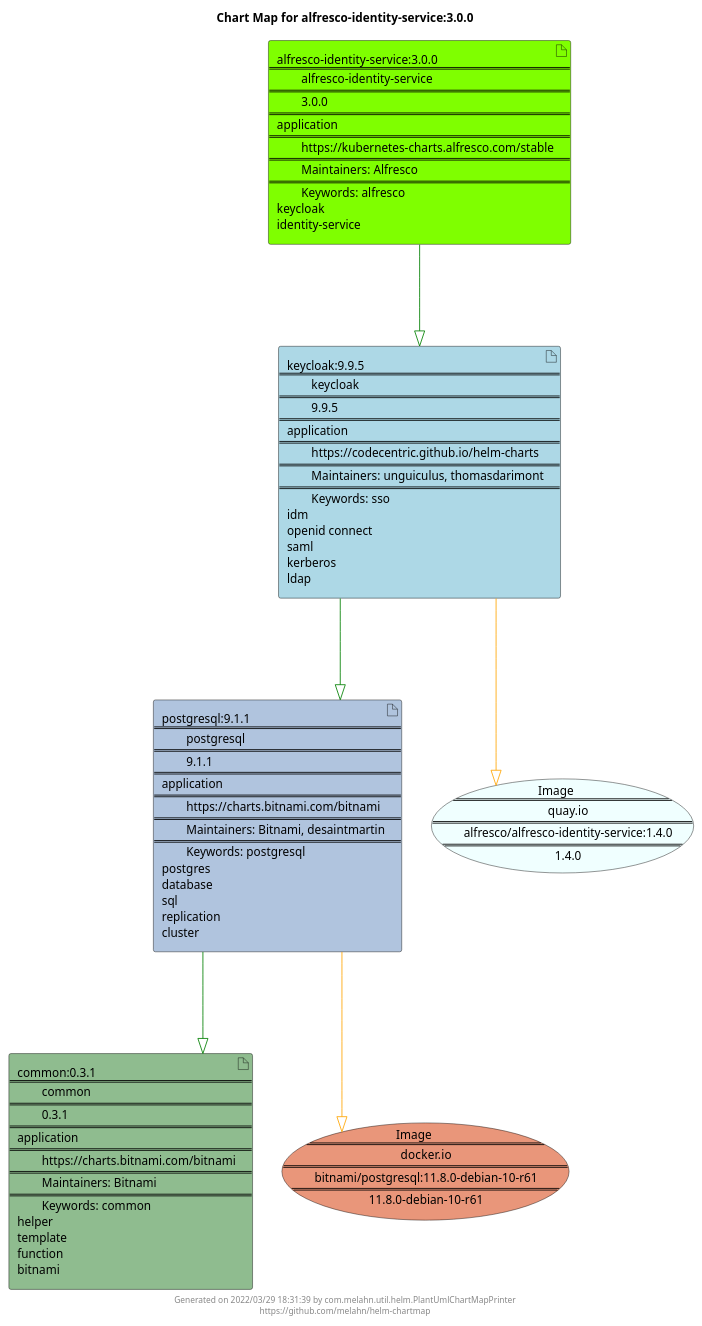
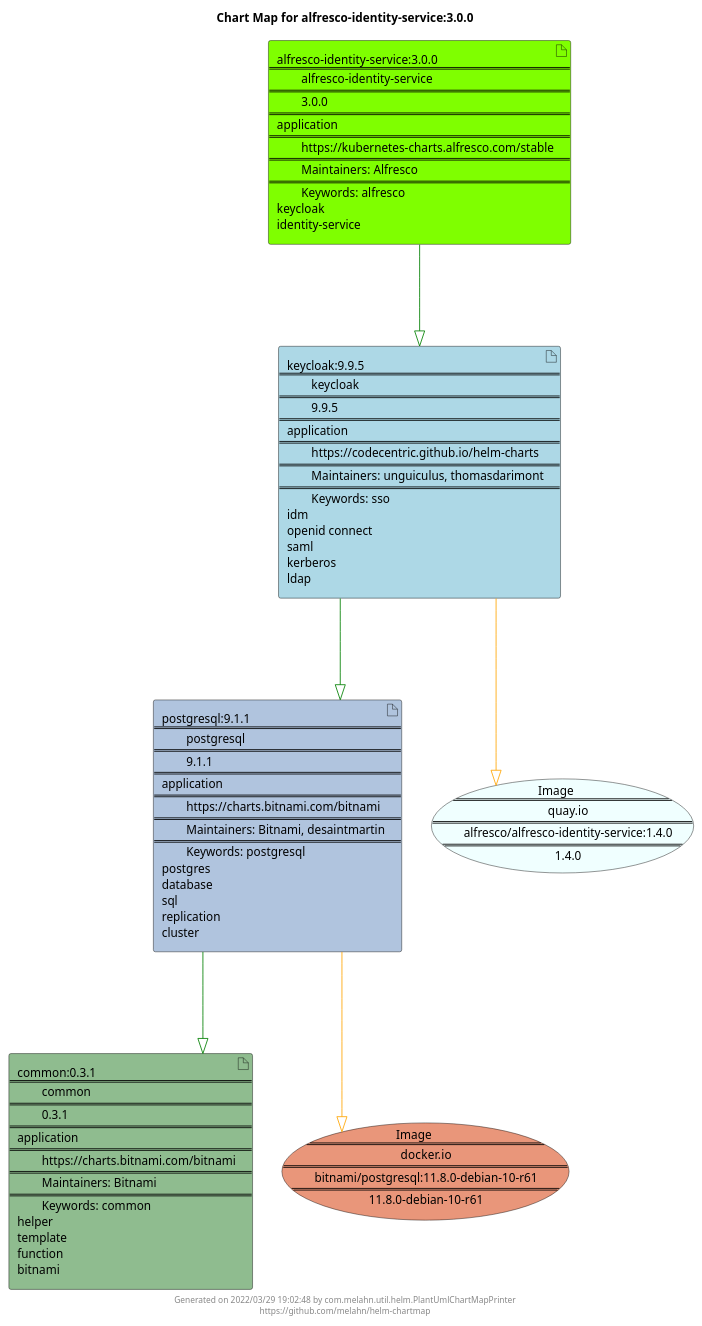
One commit to melahn/helm-chartmap changed the diagram in docs/alfresco-identity-service/alfresco-identity-service-3.0.0.puml. Above: the diagram before and after it, drawn with PlantUML. The commit also changed 51 other files, not shown here.

Commit message:
Update Example Chart Maps as part of GitHub build

```diff
--- a/docs/alfresco-identity-service/alfresco-identity-service-3.0.0.puml
+++ b/docs/alfresco-identity-service/alfresco-identity-service-3.0.0.puml
@@ -1,29 +1,29 @@
 @startuml
 skinparam linetype ortho
 skinparam backgroundColor white
 skinparam usecaseBorderColor black
 skinparam usecaseArrowColor LightSlateGray
 skinparam artifactBorderColor black
 skinparam artifactArrowColor LightSlateGray
 
 title Chart Map for alfresco-identity-service:3.0.0
 
 'There are 4 referenced Helm Charts
 artifact "postgresql:9.1.1\n====\n\tpostgresql\n====\n\t9.1.1\n====\napplication\n====\n\thttps://charts.bitnami.com/bitnami\n====\n\tMaintainers: Bitnami, desaintmartin\n====\n\tKeywords: postgresql\npostgres\ndatabase\nsql\nreplication\ncluster" as postgresql_9_1_1 #LightSteelBlue
 artifact "alfresco-identity-service:3.0.0\n====\n\talfresco-identity-service\n====\n\t3.0.0\n====\napplication\n====\n\thttps://kubernetes-charts.alfresco.com/stable\n====\n\tMaintainers: Alfresco\n====\n\tKeywords: alfresco\nkeycloak\nidentity-service" as alfresco_identity_service_3_0_0 #Chartreuse
 artifact "keycloak:9.9.5\n====\n\tkeycloak\n====\n\t9.9.5\n====\napplication\n====\n\thttps://codecentric.github.io/helm-charts\n====\n\tMaintainers: unguiculus, thomasdarimont\n====\n\tKeywords: sso\nidm\nopenid connect\nsaml\nkerberos\nldap" as keycloak_9_9_5 #LightBlue
 artifact "common:0.3.1\n====\n\tcommon\n====\n\t0.3.1\n====\napplication\n====\n\thttps://charts.bitnami.com/bitnami\n====\n\tMaintainers: Bitnami\n====\n\tKeywords: common\nhelper\ntemplate\nfunction\nbitnami" as common_0_3_1 #DarkSeaGreen
 
 'There are 2 referenced Docker Images
 usecase "Image\n====\n\tdocker.io\n====\n\tbitnami/postgresql:11.8.0-debian-10-r61\n====\n\t11.8.0-debian-10-r61" as docker_io_bitnami_postgresql_11_8_0_debian_10_r61 #DarkSalmon
 usecase "Image\n====\n\tquay.io\n====\n\talfresco/alfresco-identity-service:1.4.0\n====\n\t1.4.0" as quay_io_alfresco_alfresco_identity_service_1_4_0 #Azure
 
 'Chart Dependencies
 alfresco_identity_service_3_0_0--[#green]-|>keycloak_9_9_5
 keycloak_9_9_5--[#green]-|>postgresql_9_1_1
 postgresql_9_1_1--[#green]-|>common_0_3_1
 postgresql_9_1_1--[#orange]-|>docker_io_bitnami_postgresql_11_8_0_debian_10_r61
 keycloak_9_9_5--[#orange]-|>quay_io_alfresco_alfresco_identity_service_1_4_0
 
-center footer Generated on 2022/03/29 18:31:39 by com.melahn.util.helm.PlantUmlChartMapPrinter\nhttps://github.com/melahn/helm-chartmap
+center footer Generated on 2022/03/29 19:02:48 by com.melahn.util.helm.PlantUmlChartMapPrinter\nhttps://github.com/melahn/helm-chartmap
 @enduml
```
